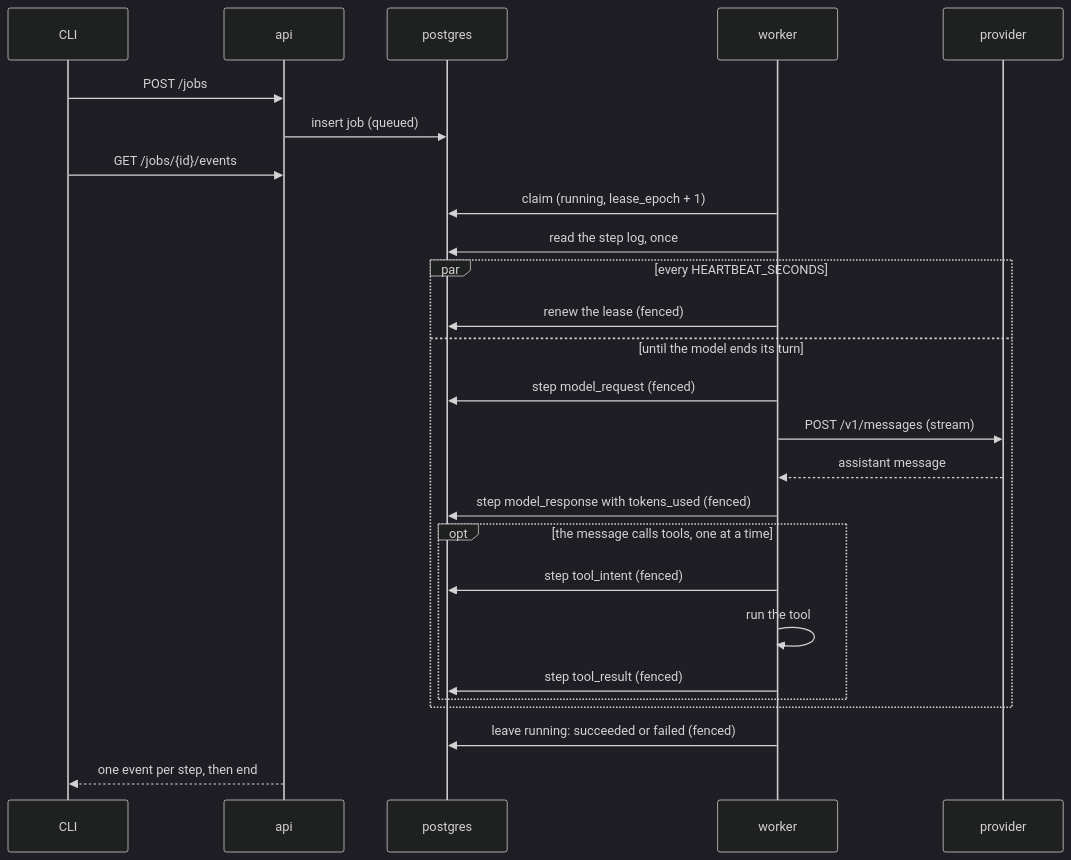
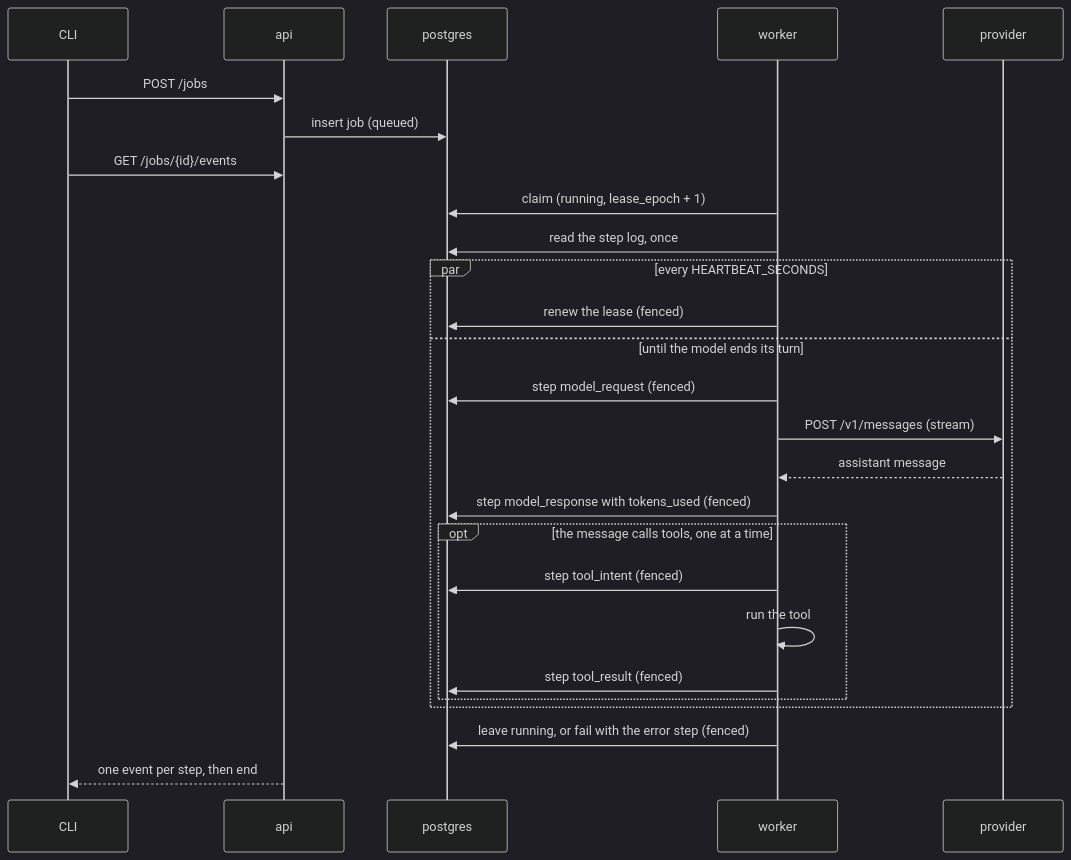
Before and after one commit to sindredg/agent-runtime: the second of 3 diagrams in docs/architecture.md, drawn with Mermaid (dark theme). The commit also changed other lines of this file and 7 other files, not shown here.

First line of the commit message:
fix: fail a job and write its error step in one statement (#19)

````diff
--- a/docs/architecture.md
+++ b/docs/architecture.md
@@ -40,28 +40,28 @@
 ```mermaid
 sequenceDiagram
     participant C as CLI
     participant A as api
     participant D as postgres
     participant W as worker
     participant P as provider
     C->>A: POST /jobs
     A->>D: insert job (queued)
     C->>A: GET /jobs/{id}/events
     W->>D: claim (running, lease_epoch + 1)
     W->>D: read the step log, once
     par every HEARTBEAT_SECONDS
         W->>D: renew the lease (fenced)
     and until the model ends its turn
         W->>D: step model_request (fenced)
         W->>P: POST /v1/messages (stream)
         P-->>W: assistant message
         W->>D: step model_response with tokens_used (fenced)
         opt the message calls tools, one at a time
             W->>D: step tool_intent (fenced)
             W->>W: run the tool
             W->>D: step tool_result (fenced)
         end
     end
-    W->>D: leave running: succeeded or failed (fenced)
+    W->>D: leave running, or fail with the error step (fenced)
     A-->>C: one event per step, then end
 ```
````
